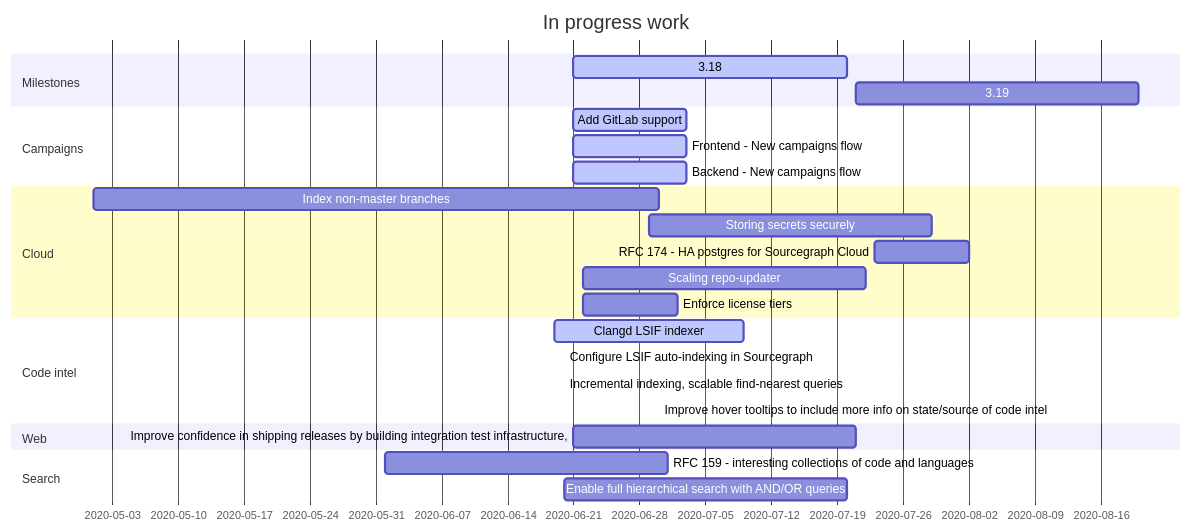
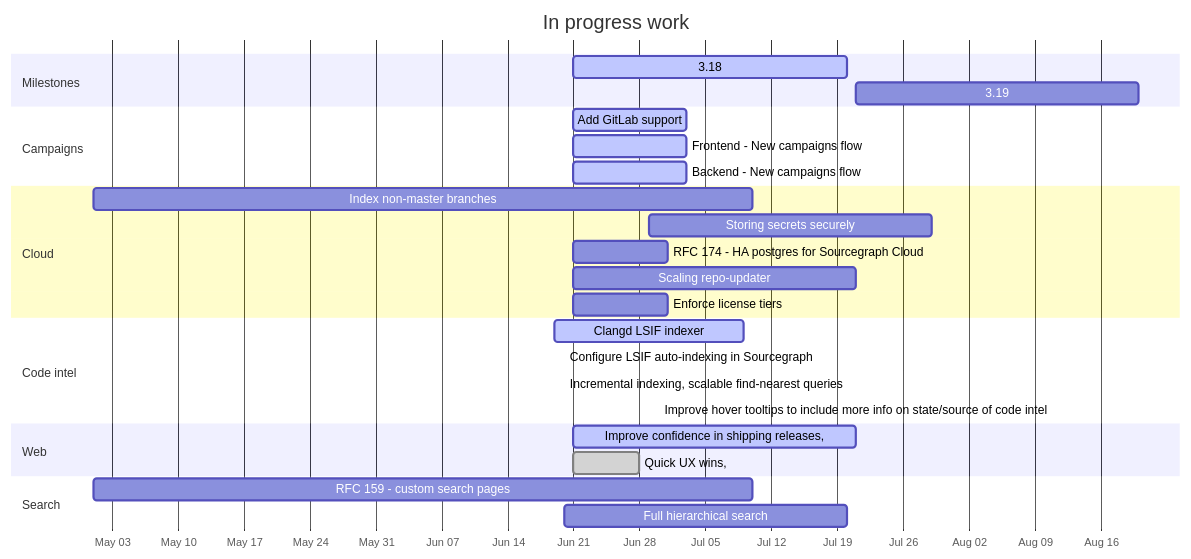
One commit to joshuabezaleel/sourcegraph-about changed the diagram in handbook/product/roadmap.md. Above: the diagram before and after it, drawn with Mermaid. The commit also changed other lines of this file and 1 other file, not shown here.

Commit message:
improve format, updates

```diff
--- a/handbook/product/roadmap.md
+++ b/handbook/product/roadmap.md
@@ -3,34 +5,36 @@
 <pre class="mermaid" data-rendered-width="150%" data-scroll-right="50%">
 gantt
     title In progress work
     dateFormat YYYY-MM-DD
+    axisFormat %b %d
 
 section Milestones
     3.18 :active, release-3.18, 2020-06-21, 2020-07-20
     3.19 :release-3.19, 2020-07-21, 2020-08-20
 
 section Campaigns
     Add GitLab support :active, 2020-06-21, 12d
     Frontend - New campaigns flow :active, 2020-06-21, 12d
     Backend - New campaigns flow :active, 2020-06-21, 12d
 
 section Cloud
-    Index non-master branches :2020-05-01, 60d
+    Index non-master branches :2020-05-01, 70d
     Storing secrets securely :2020-06-29, 30d
-    RFC 174 - HA postgres for Sourcegraph Cloud :2020-07-23, 10d
-    Scaling repo-updater :2020-06-22, 30d
-    Enforce license tiers :2020-06-22, 10d
+    RFC 174 - HA postgres for Sourcegraph Cloud :2020-06-21, 10d
+    Scaling repo-updater :2020-06-21, 30d
+    Enforce license tiers :2020-06-21, 10d
 
 section Code intel
     Clangd LSIF indexer :active, 2020-06-19, 20d
     Configure LSIF auto-indexing in Sourcegraph :active, 2020-06-20, 0d
     Incremental indexing, scalable find-nearest queries :active, 2020-06-20, 0d
     Improve hover tooltips to include more info on state/source of code intel :active, 2020-06-30, 0d
 
 section Web
-    Improve confidence in shipping releases by building integration test infrastructure, :2020-06-21, 30d
+    Improve confidence in shipping releases, :active, 2020-06-21, 30d
+    Quick UX wins, :done, 2020-06-21, 7d
 
 section Search
-    RFC 159 - interesting collections of code and languages :2020-06-01, 30d
-    Enable full hierarchical search with AND/OR queries :2020-06-20, 30d
+    RFC 159 - custom search pages :2020-05-01, 70d
+    Full hierarchical search :2020-06-20, 30d
 </pre>
```
